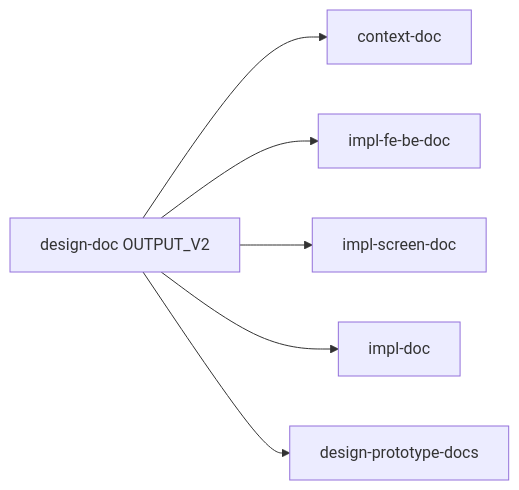
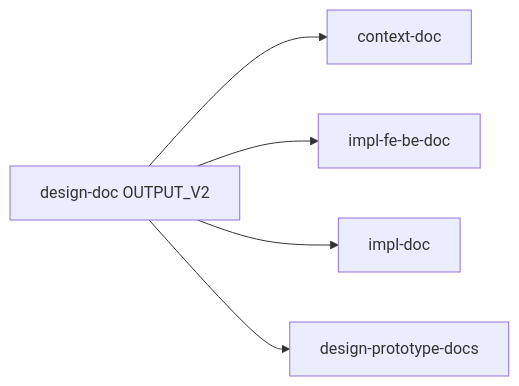
Before and after one commit to hb9397/AI_Agent_docs: the seventh of 8 diagrams in Harness_Engineering_Intro.md, drawn with Mermaid. The commit also changed other lines of this file and 16 other files, not shown here.

````diff
--- a/Harness_Engineering_Intro.md
+++ b/Harness_Engineering_Intro.md
@@ -305,8 +301,7 @@
 ```mermaid
 flowchart LR
     A["design-doc OUTPUT_V2"] --> B["context-doc"]
     A --> C["impl-fe-be-doc"]
-    A --> D["impl-screen-doc"]
-    A --> E["impl-doc"]
-    A --> F["design-prototype-docs"]
+    A --> D["impl-doc"]
+    A --> E["design-prototype-docs"]
 ```
````
